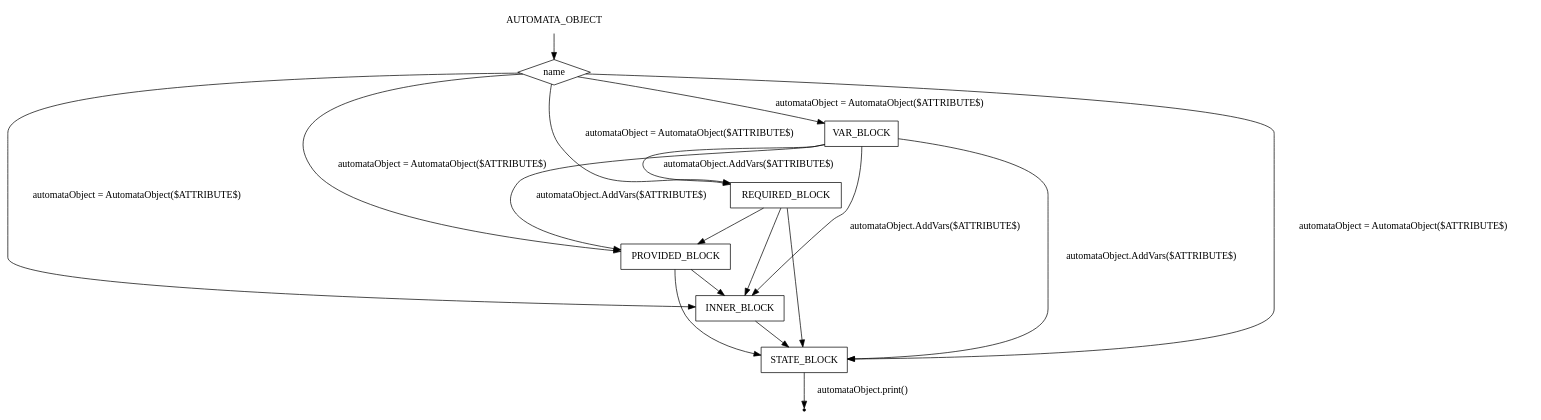
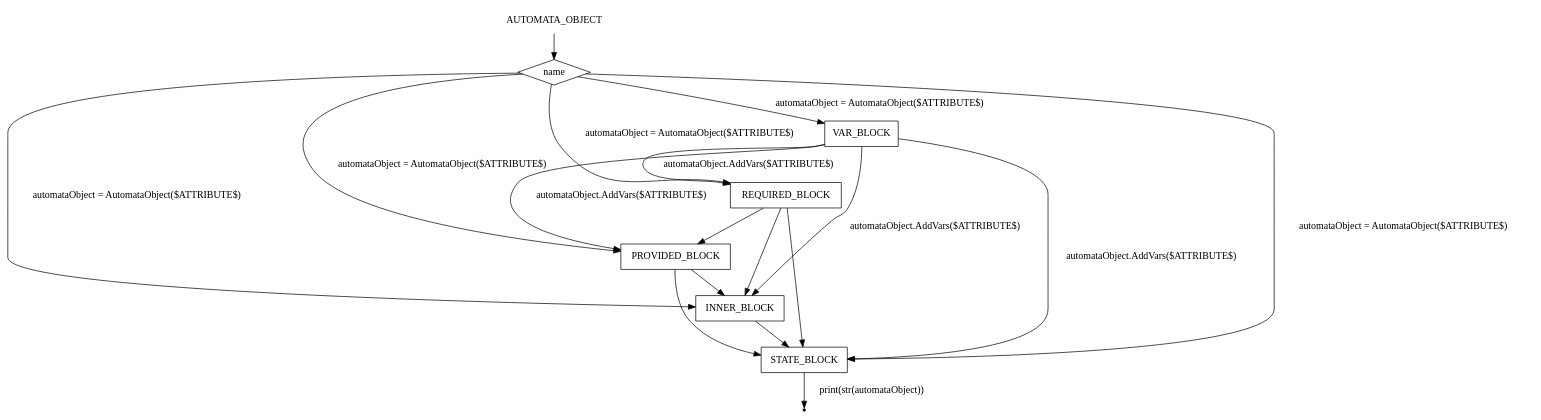
Before and after one commit to aVorotnikov/dsl_generator: the diagram in _examples/ciao/automata_object.gv, drawn with Graphviz.

Commit message:
Fix automata object output

```diff
--- a/_examples/ciao/automata_object.gv
+++ b/_examples/ciao/automata_object.gv
@@ -1,27 +1,27 @@
 digraph AUTOMATA_OBJECT {
     start [label=AUTOMATA_OBJECT shape=plaintext]
     A [label=name shape=diamond]
     B [label=VAR_BLOCK shape=box]
     C [label=REQUIRED_BLOCK shape=box]
     D [label=PROVIDED_BLOCK shape=box]
     E [label=INNER_BLOCK shape=box]
     F [label=STATE_BLOCK shape=box]
     end [label="" shape=point]
     start -> A
     A -> B [label="automataObject = AutomataObject($ATTRIBUTE$)"]
     A -> C [label="automataObject = AutomataObject($ATTRIBUTE$)"]
     A -> D [label="automataObject = AutomataObject($ATTRIBUTE$)"]
     A -> E [label="automataObject = AutomataObject($ATTRIBUTE$)"]
     A -> F [label="automataObject = AutomataObject($ATTRIBUTE$)"]
     B -> C [label="automataObject.AddVars($ATTRIBUTE$)"]
     B -> D [label="automataObject.AddVars($ATTRIBUTE$)"]
     B -> E [label="automataObject.AddVars($ATTRIBUTE$)"]
     B -> F [label="automataObject.AddVars($ATTRIBUTE$)"]
     C -> D
     C -> E
     C -> F
     D -> E
     D -> F
     E -> F
-    F -> end [label="automataObject.print()"]
+    F -> end [label="print(str(automataObject))"]
 }
```
